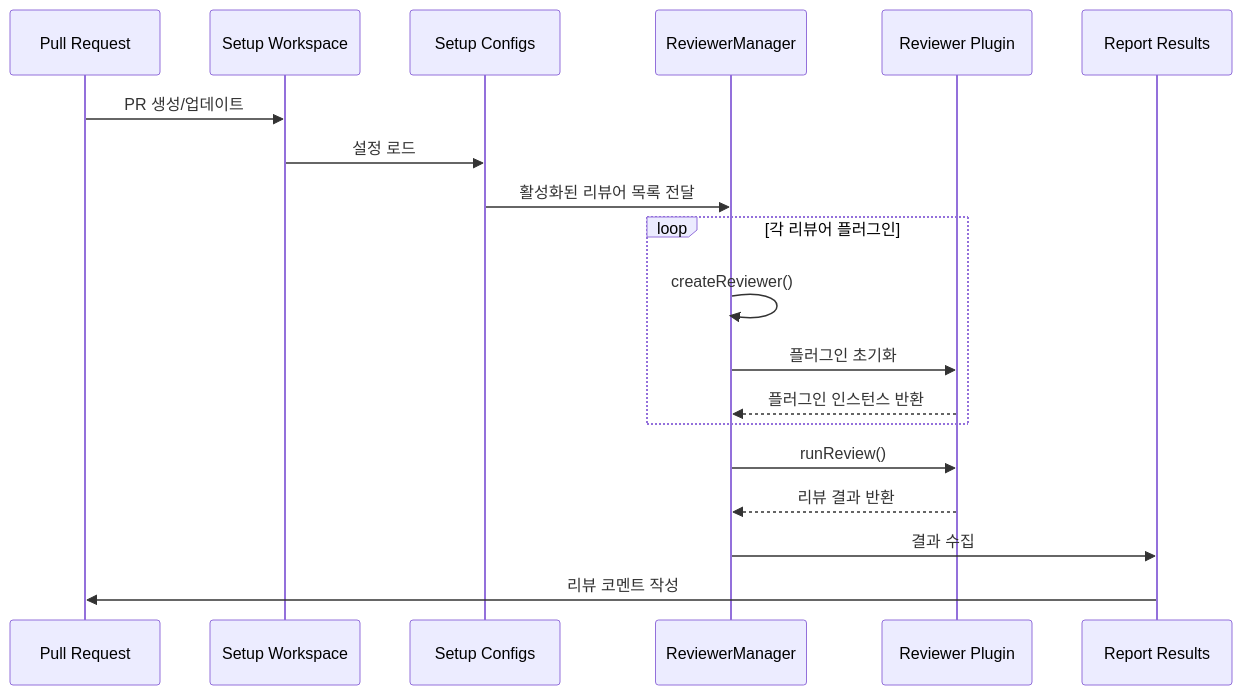
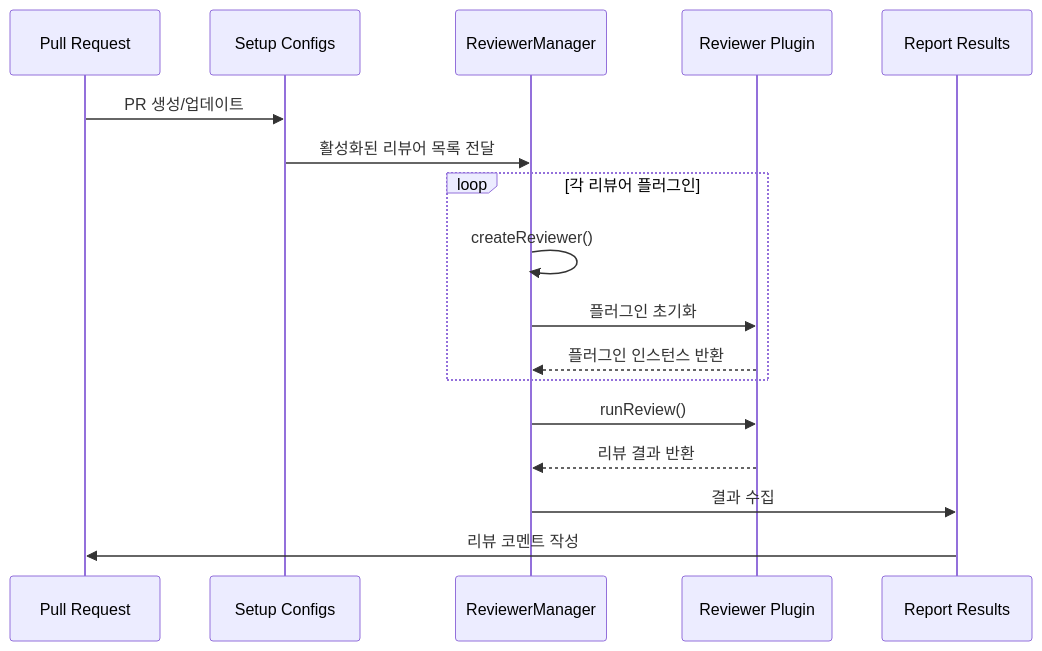
The third of 4 diagrams in 아키텍처.md (jonsoku-dev/gh-custom-reviwers), drawn with Mermaid before and after one commit. The commit also changed other lines of this file, not shown here.

Commit message:
문서 업데이트: 워크플로우 설명을 개선하고, 개발 및 배포 프로세스에 대한 다이어그램을 추가하여 이해도를 높임. 각 주요 컴포넌트에 대한 설명을 구체화함.

````diff
--- a/아키텍처.md
+++ b/아키텍처.md
@@ -46,24 +57,22 @@
 ```mermaid
 sequenceDiagram
     participant PR as Pull Request
-    participant Setup as Setup Workspace
     participant Config as Setup Configs
     participant Manager as ReviewerManager
     participant Reviewer as Reviewer Plugin
     participant Report as Report Results
 
-    PR->>Setup: PR 생성/업데이트
-    Setup->>Config: 설정 로드
+    PR->>Config: PR 생성/업데이트
     Config->>Manager: 활성화된 리뷰어 목록 전달
     
     loop 각 리뷰어 플러그인
         Manager->>Manager: createReviewer()
         Manager->>Reviewer: 플러그인 초기화
         Reviewer-->>Manager: 플러그인 인스턴스 반환
     end
     
     Manager->>Reviewer: runReview()
     Reviewer-->>Manager: 리뷰 결과 반환
     Manager->>Report: 결과 수집
     Report->>PR: 리뷰 코멘트 작성
 ```
````
